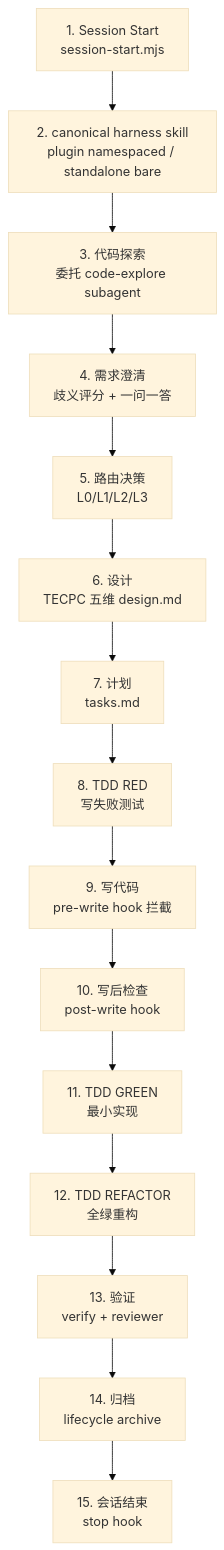
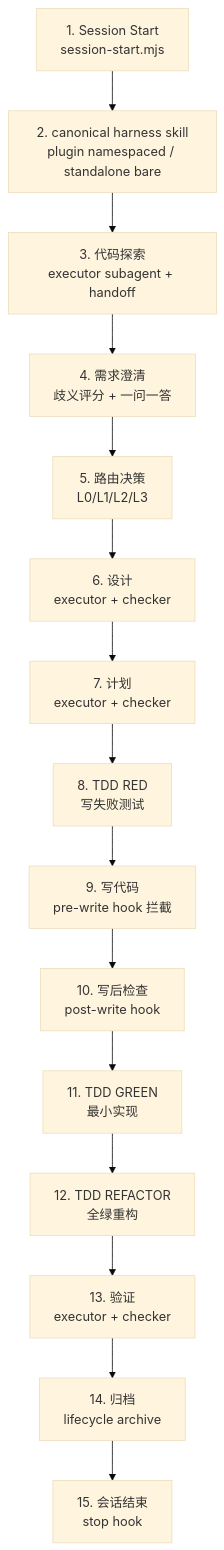
One commit to Emtemf/enterprise-harness changed the diagram in docs/zh-cn/full-lifecycle-truth.md. Above: the diagram before and after it, drawn with Mermaid (base theme). The commit also changed other lines of this file and 77 other files, not shown here.

````diff
--- a/docs/zh-cn/full-lifecycle-truth.md
+++ b/docs/zh-cn/full-lifecycle-truth.md
@@ -11,17 +11,17 @@
 ```mermaid
 graph TD
     A["1. Session Start<br/>session-start.mjs"] --> B["2. canonical harness skill<br/>plugin namespaced / standalone bare"]
-    B --> C["3. 代码探索<br/>委托 code-explore subagent"]
+    B --> C["3. 代码探索<br/>executor subagent + handoff"]
     C --> D["4. 需求澄清<br/>歧义评分 + 一问一答"]
     D --> E["5. 路由决策<br/>L0/L1/L2/L3"]
-    E --> F["6. 设计<br/>TECPC 五维 design.md"]
-    F --> G["7. 计划<br/>tasks.md"]
+    E --> F["6. 设计<br/>executor + checker"]
+    F --> G["7. 计划<br/>executor + checker"]
     G --> H["8. TDD RED<br/>写失败测试"]
     H --> I["9. 写代码<br/>pre-write hook 拦截"]
     I --> J["10. 写后检查<br/>post-write hook"]
     J --> K["11. TDD GREEN<br/>最小实现"]
     K --> L["12. TDD REFACTOR<br/>全绿重构"]
-    L --> M["13. 验证<br/>verify + reviewer"]
+    L --> M["13. 验证<br/>executor + checker"]
     M --> N["14. 归档<br/>lifecycle archive"]
     N --> O["15. 会话结束<br/>stop hook"]
 ```
````
